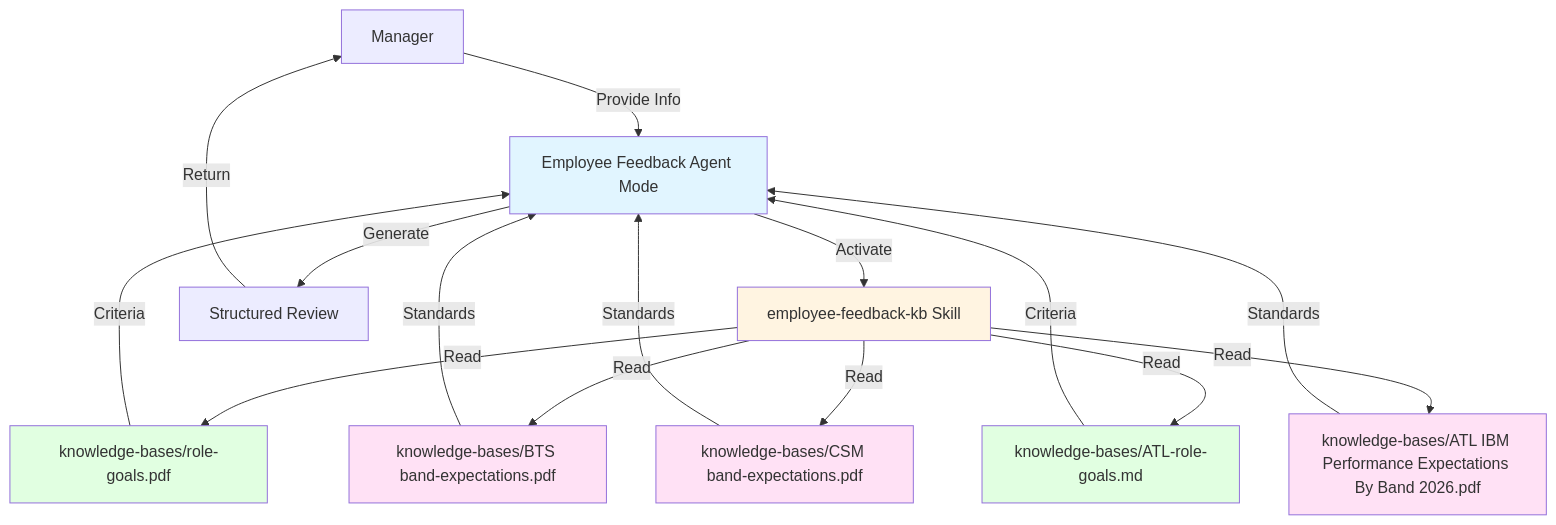
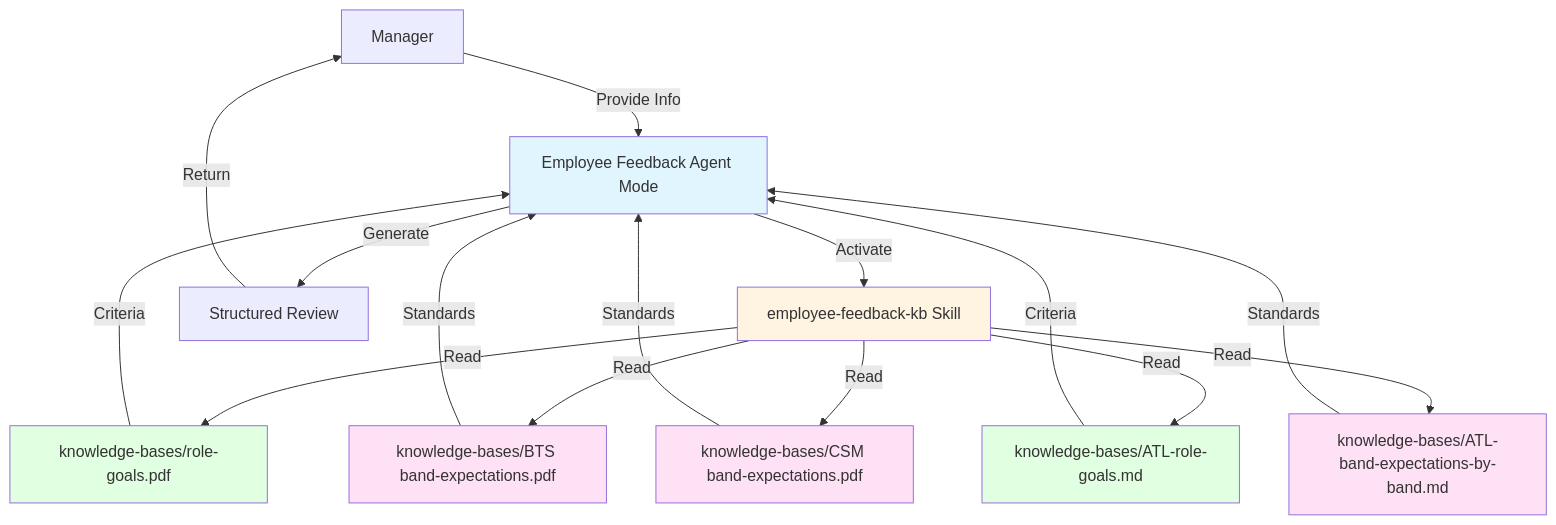
Before and after one commit to Tadanntlewis/employee-feedback-agent: the diagram in README.md, drawn with Mermaid. The commit also changed other lines of this file and 10 other files, not shown here.

Commit message:
Extract ATL band expectations by band column (Bands 6-7 are empty in the PDF)

````diff
--- a/README.md
+++ b/README.md
@@ -42,25 +42,25 @@
 ```mermaid
 graph TB
     Manager[Manager] -->|Provide Info| Mode[Employee Feedback Agent Mode]
     Mode -->|Activate| Skill[employee-feedback-kb Skill]
     Skill -->|Read| RoleGoals[knowledge-bases/role-goals.pdf]
     Skill -->|Read| BTSBand[knowledge-bases/BTS band-expectations.pdf]
     Skill -->|Read| CSMBand[knowledge-bases/CSM band-expectations.pdf]
     Skill -->|Read| ATLGoals[knowledge-bases/ATL-role-goals.md]
-    Skill -->|Read| ATLBand[knowledge-bases/ATL IBM Performance Expectations By Band 2026.pdf]
+    Skill -->|Read| ATLBand[knowledge-bases/ATL-band-expectations-by-band.md]
     RoleGoals -->|Criteria| Mode
     ATLGoals -->|Criteria| Mode
     BTSBand -->|Standards| Mode
     CSMBand -->|Standards| Mode
     ATLBand -->|Standards| Mode
     Mode -->|Generate| Review[Structured Review]
     Review -->|Return| Manager
 
     style Mode fill:#e1f5ff
     style Skill fill:#fff4e1
     style RoleGoals fill:#e1ffe1
     style BTSBand fill:#ffe1f5
     style CSMBand fill:#ffe1f5
     style ATLGoals fill:#e1ffe1
     style ATLBand fill:#ffe1f5
 ```
````
